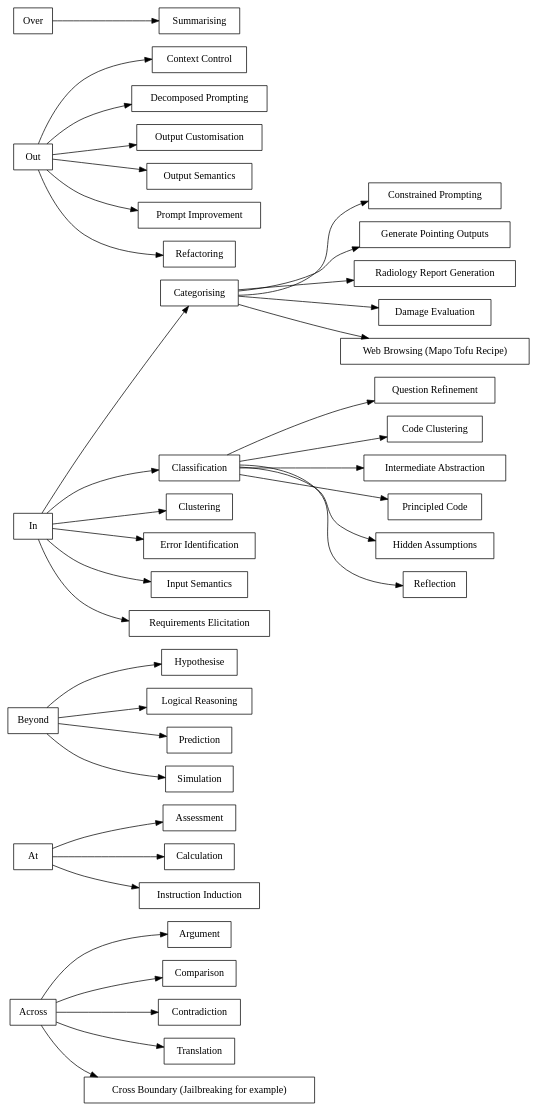
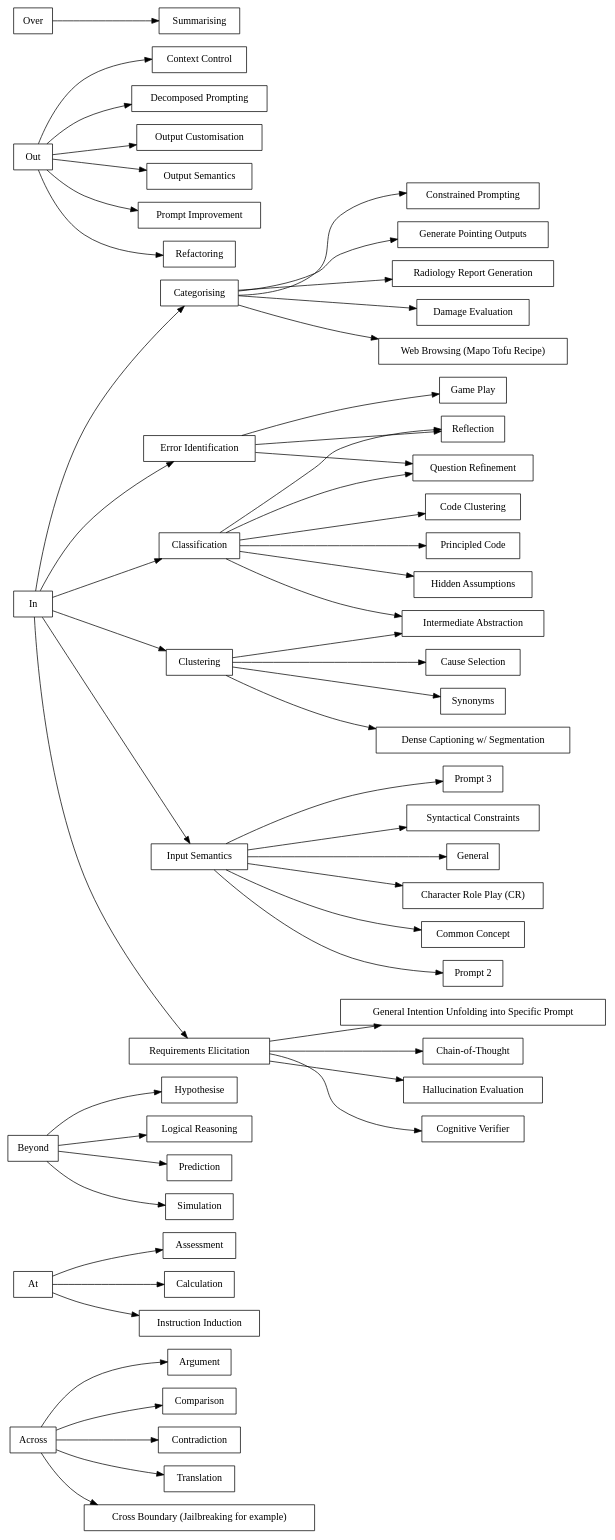
The diagram in graphvizFiles/categorisation.dot (timhaintz/PromptEngineering), drawn with Graphviz before and after one commit.

Commit message:
In-Logic section complete.

```diff
--- a/graphvizFiles/categorisation.dot
+++ b/graphvizFiles/categorisation.dot
@@ -1,40 +1,57 @@
 digraph G {
     rankdir="LR";
     node [shape=box];
     "Across" -> "Argument";
     "Across" -> "Comparison";
     "Across" -> "Contradiction";
     "Across" -> "Translation";
     "Across" -> "Cross Boundary (Jailbreaking for example)";
     "At" -> "Assessment";
     "At" -> "Calculation";
     "At" -> "Instruction Induction";
     "Beyond" -> "Hypothesise";
     "Beyond" -> "Logical Reasoning";
     "Beyond" -> "Prediction";
     "Beyond" -> "Simulation";
     "In" -> "Categorising";
     "Categorising" -> "Constrained Prompting";
     "Categorising" -> "Generate Pointing Outputs";
     "Categorising" -> "Radiology Report Generation";
     "Categorising" -> "Damage Evaluation";
     "Categorising" -> "Web Browsing (Mapo Tofu Recipe)";
     "In" -> "Classification";
     "Classification" -> "Question Refinement";
     "Classification" -> "Code Clustering";
     "Classification" -> "Intermediate Abstraction";
     "Classification" -> "Principled Code";
     "Classification" -> "Hidden Assumptions";
     "Classification" -> "Reflection";
     "In" -> "Clustering";
+    "Clustering" -> "Cause Selection";
+    "Clustering" -> "Synonyms";
+    "Clustering" -> "Intermediate Abstraction";
+    "Clustering" -> "Dense Captioning w/ Segmentation";
     "In" -> "Error Identification";
+    "Error Identification" -> "Question Refinement";
+    "Error Identification" -> "Reflection";
+    "Error Identification" -> "Game Play";
     "In" -> "Input Semantics";
+    "Input Semantics" -> "Character Role Play (CR)";
+    "Input Semantics" -> "Common Concept";
+    "Input Semantics" -> "Prompt 2";
+    "Input Semantics" -> "Prompt 3";
+    "Input Semantics" -> "Syntactical Constraints";
+    "Input Semantics" -> "General";
     "In" -> "Requirements Elicitation";
+    "Requirements Elicitation" -> "Cognitive Verifier";
+    "Requirements Elicitation" -> "General Intention Unfolding into Specific Prompt";
+    "Requirements Elicitation" -> "Chain-of-Thought";
+    "Requirements Elicitation" -> "Hallucination Evaluation";
     "Out" -> "Context Control";
     "Out" -> "Decomposed Prompting";
     "Out" -> "Output Customisation";
     "Out" -> "Output Semantics";
     "Out" -> "Prompt Improvement";
     "Out" -> "Refactoring";
     "Over" -> "Summarising";
 }
```
